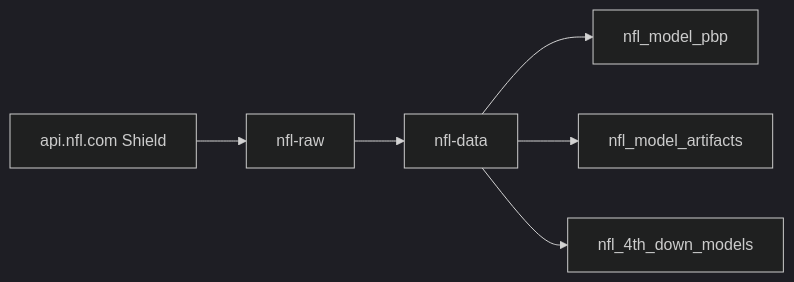
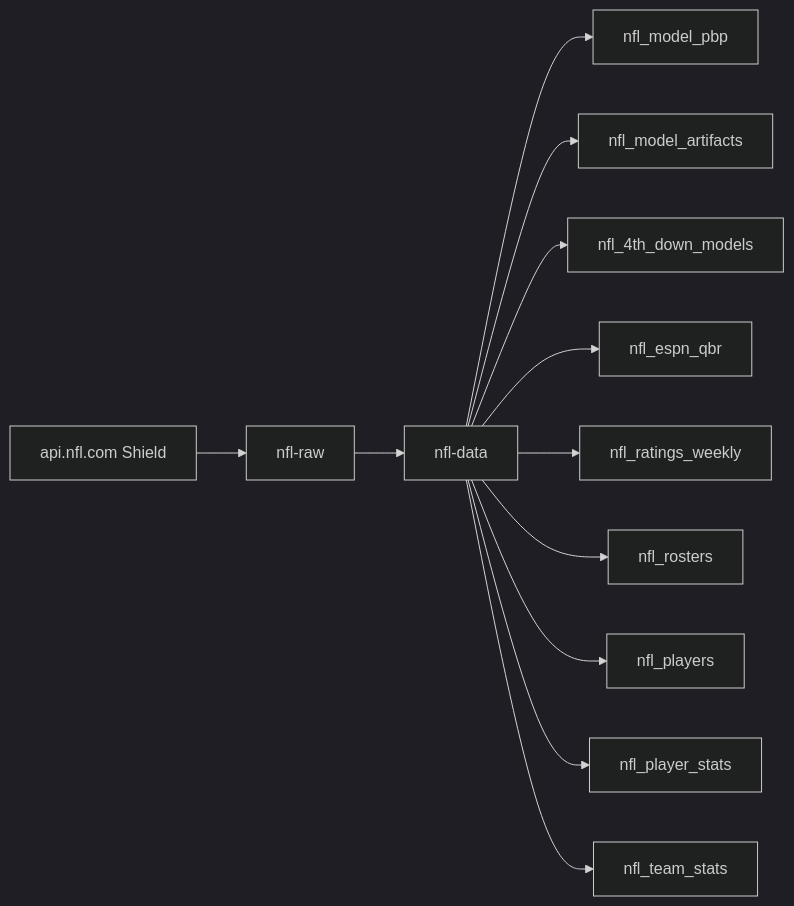
One commit to sportsdataverse/nfl-raw changed the first of 2 diagrams in README.md. Above: the diagram before and after it, drawn with Mermaid (dark theme). The commit also changed other lines of this file, not shown here.

````diff
--- a/README.md
+++ b/README.md
@@ -10,8 +10,14 @@
 ```mermaid
   graph LR;
     A[api.nfl.com Shield]-->B[nfl-raw];
     B-->C[nfl-data];
     C-->D1[nfl_model_pbp];
     C-->D2[nfl_model_artifacts];
     C-->D3[nfl_4th_down_models];
+    C-->D4[nfl_espn_qbr];
+    C-->D5[nfl_ratings_weekly];
+    C-->D6[nfl_rosters];
+    C-->D7[nfl_players];
+    C-->D8[nfl_player_stats];
+    C-->D9[nfl_team_stats];
 ```
````
